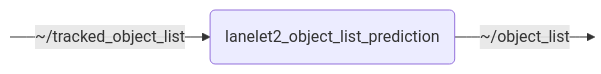
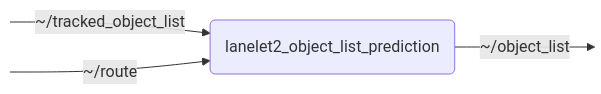
The diagram in lanelet2_object_list_prediction/README.md (openads-project/lanelet2_object_list_prediction), drawn with Mermaid before and after one commit. The commit also changed other lines of this file and 10 other files, not shown here.

````diff
--- a/lanelet2_object_list_prediction/README.md
+++ b/lanelet2_object_list_prediction/README.md
@@ -15,7 +15,8 @@
 ```mermaid
 flowchart LR
     NODE("lanelet2_object_list_prediction")
     S0:::hidden -->|~/tracked_object_list| NODE
+    S1:::hidden -->|~/route| NODE
     NODE -->|~/object_list| P0:::hidden
     classDef hidden display: none;
 ```
````
